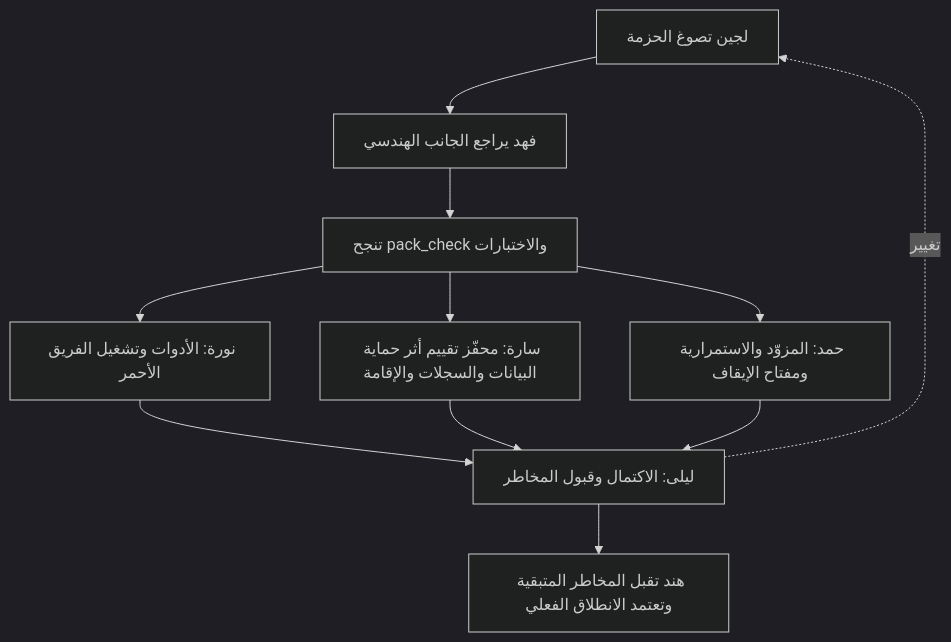
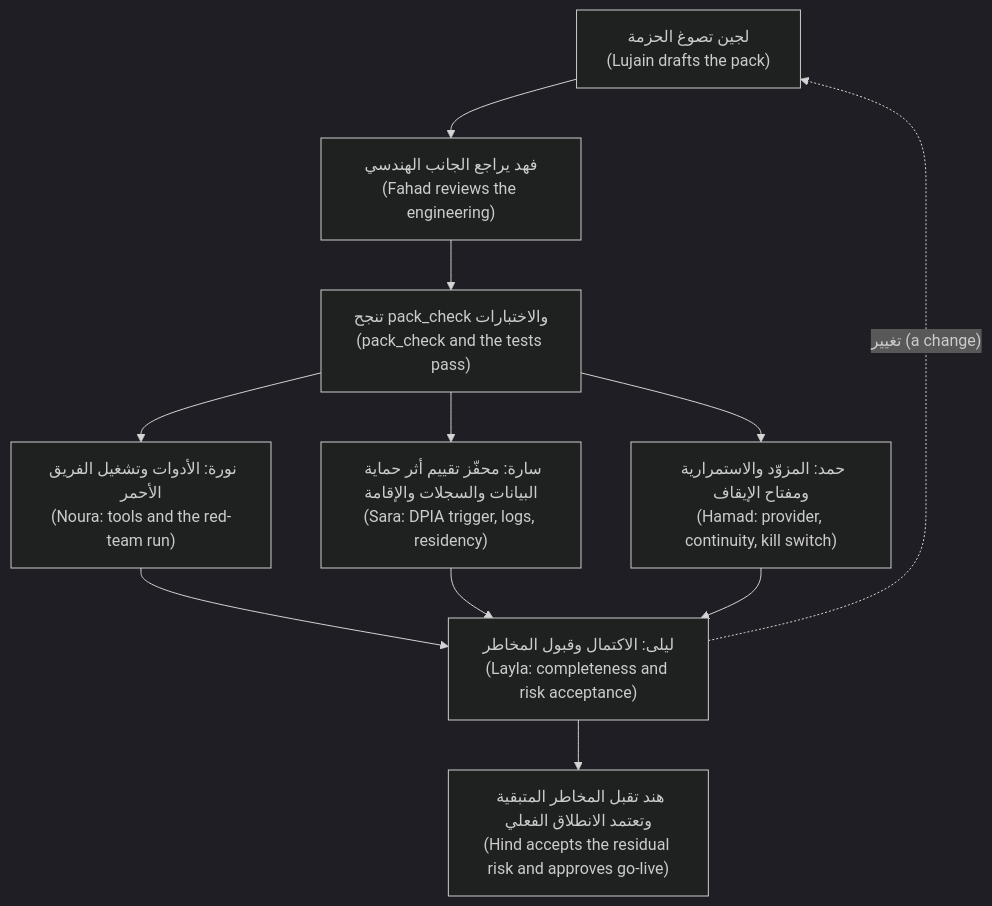
Before and after one commit to Tamoura/system-design-for-vibe-coders: the second of 2 diagrams in aiapps/modules/13-security.ar.md, drawn with Mermaid (dark theme). The commit also changed other lines of this file and 17 other files, not shown here.

First line of the commit message:
AI applications & agents: Arabic edition complete (RTL diagrams, diagram glosses, translated 60-question exam)

````diff
--- a/aiapps/modules/13-security.ar.md
+++ b/aiapps/modules/13-security.ar.md
@@ -581,13 +581,13 @@
 ```mermaid
 flowchart TD
-    A["لجين تصوغ الحزمة"] --> B["فهد يراجع الجانب الهندسي"]
-    B --> C["تنجح pack_check والاختبارات"]
-    C --> D["نورة: الأدوات وتشغيل الفريق الأحمر"]
-    C --> E["سارة: محفّز تقييم أثر حماية البيانات والسجلات والإقامة"]
-    C --> F["حمد: المزوّد والاستمرارية ومفتاح الإيقاف"]
-    D --> G["ليلى: الاكتمال وقبول المخاطر"]
+    A["لجين تصوغ الحزمة<br/>(Lujain drafts the pack)"] --> B["فهد يراجع الجانب الهندسي<br/>(Fahad reviews the engineering)"]
+    B --> C["تنجح pack_check والاختبارات<br/>(pack_check and the tests pass)"]
+    C --> D["نورة: الأدوات وتشغيل الفريق الأحمر<br/>(Noura: tools and the red-team run)"]
+    C --> E["سارة: محفّز تقييم أثر حماية البيانات والسجلات والإقامة<br/>(Sara: DPIA trigger, logs, residency)"]
+    C --> F["حمد: المزوّد والاستمرارية ومفتاح الإيقاف<br/>(Hamad: provider, continuity, kill switch)"]
+    D --> G["ليلى: الاكتمال وقبول المخاطر<br/>(Layla: completeness and risk acceptance)"]
     E --> G
     F --> G
-    G --> H["هند تقبل المخاطر المتبقية وتعتمد الانطلاق الفعلي"]
-    G -.->|"تغيير"| A
+    G --> H["هند تقبل المخاطر المتبقية وتعتمد الانطلاق الفعلي<br/>(Hind accepts the residual risk and approves go-live)"]
+    G -.->|"تغيير (a change)"| A
 ```
````
